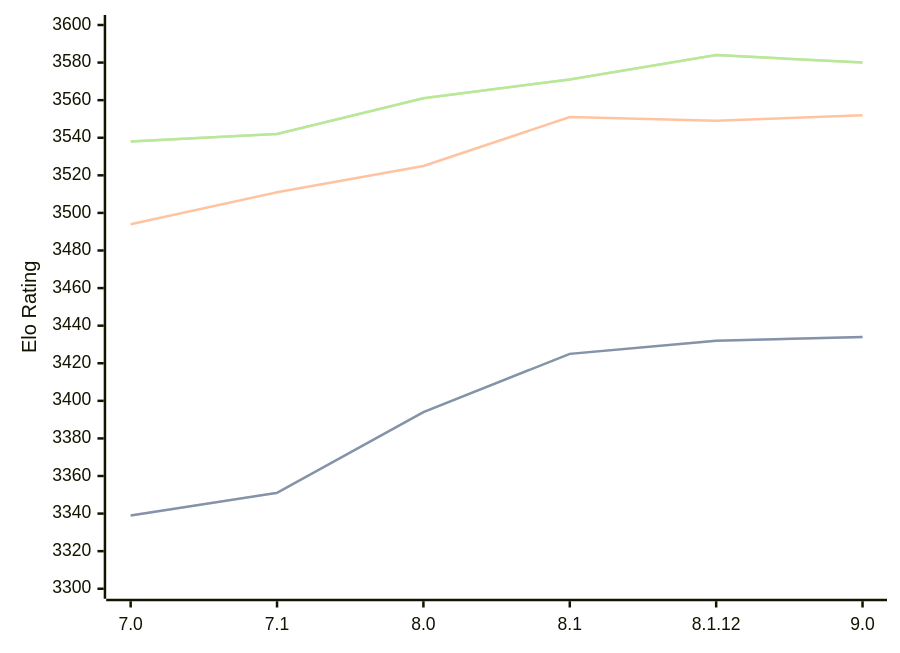
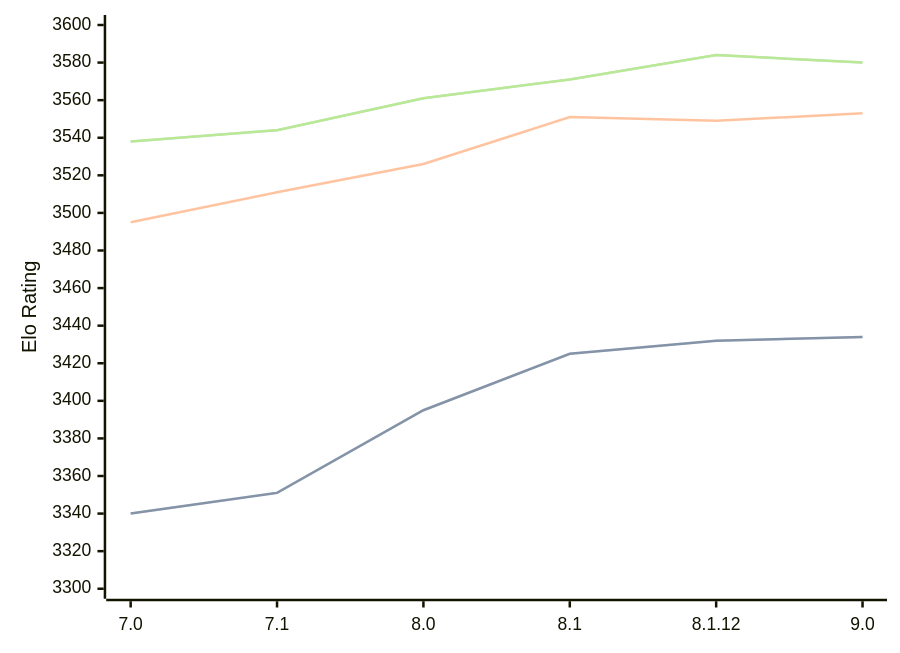
The diagram in engines/Alexandria.md (computer-chess-index/cci), drawn with Mermaid before and after one commit. The commit also changed other lines of this file, not shown here.

Commit message:
Update CCI Ratings (ELO VLTC) - 2026-09-10

````diff
--- a/engines/Alexandria.md
+++ b/engines/Alexandria.md
@@ -36,11 +36,11 @@
 ```mermaid
 %%{init: {"theme":"base","themeVariables":{"seriesColors:['#a3a3a3','#222221','#faa371']}}}%%
 xychart-beta
   x-axis ["7.0", "7.1", "8.0", "8.1", "8.1.12", "9.0"]
   y-axis "Elo Rating" 3300 --> 3600
-  line "" [3339, 3351, 3394, 3425, 3432, 3434]
-  line "STC (8.0+0.08s)" [3339, 3351, 3394, 3425, 3432, 3434]
-  line "LTC (60.0+0.60s)" [3494, 3511, 3525, 3551, 3549, 3552]
-  line "" [3538, 3542, 3561, 3571, 3584, 3580]
-  line "VLTC (2m24s+1.12s)" [3538, 3542, 3561, 3571, 3584, 3580]
+  line "" [3340, 3351, 3395, 3425, 3432, 3434]
+  line "STC (8.0+0.08s)" [3340, 3351, 3395, 3425, 3432, 3434]
+  line "LTC (60.0+0.60s)" [3495, 3511, 3526, 3551, 3549, 3553]
+  line "" [3538, 3544, 3561, 3571, 3584, 3580]
+  line "VLTC (2m24s+1.12s)" [3538, 3544, 3561, 3571, 3584, 3580]
 ```
````
